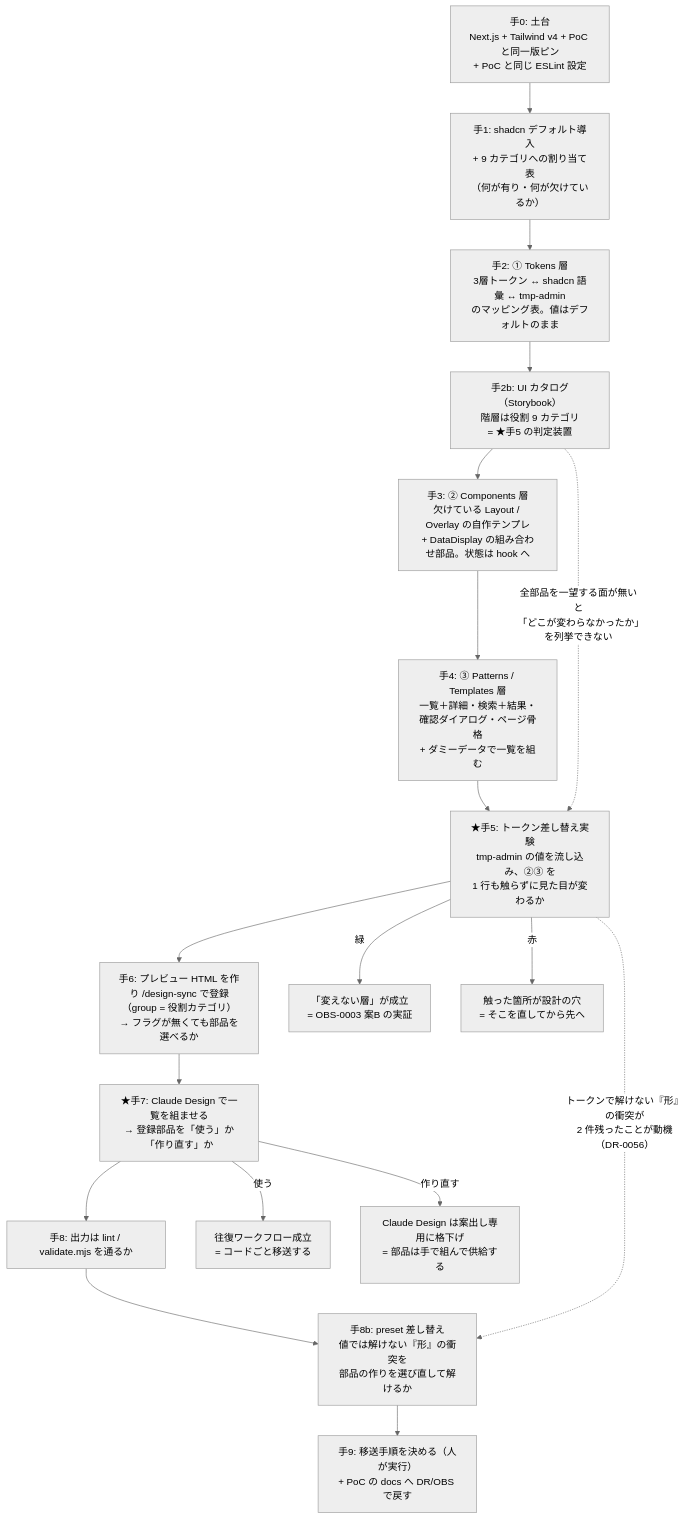
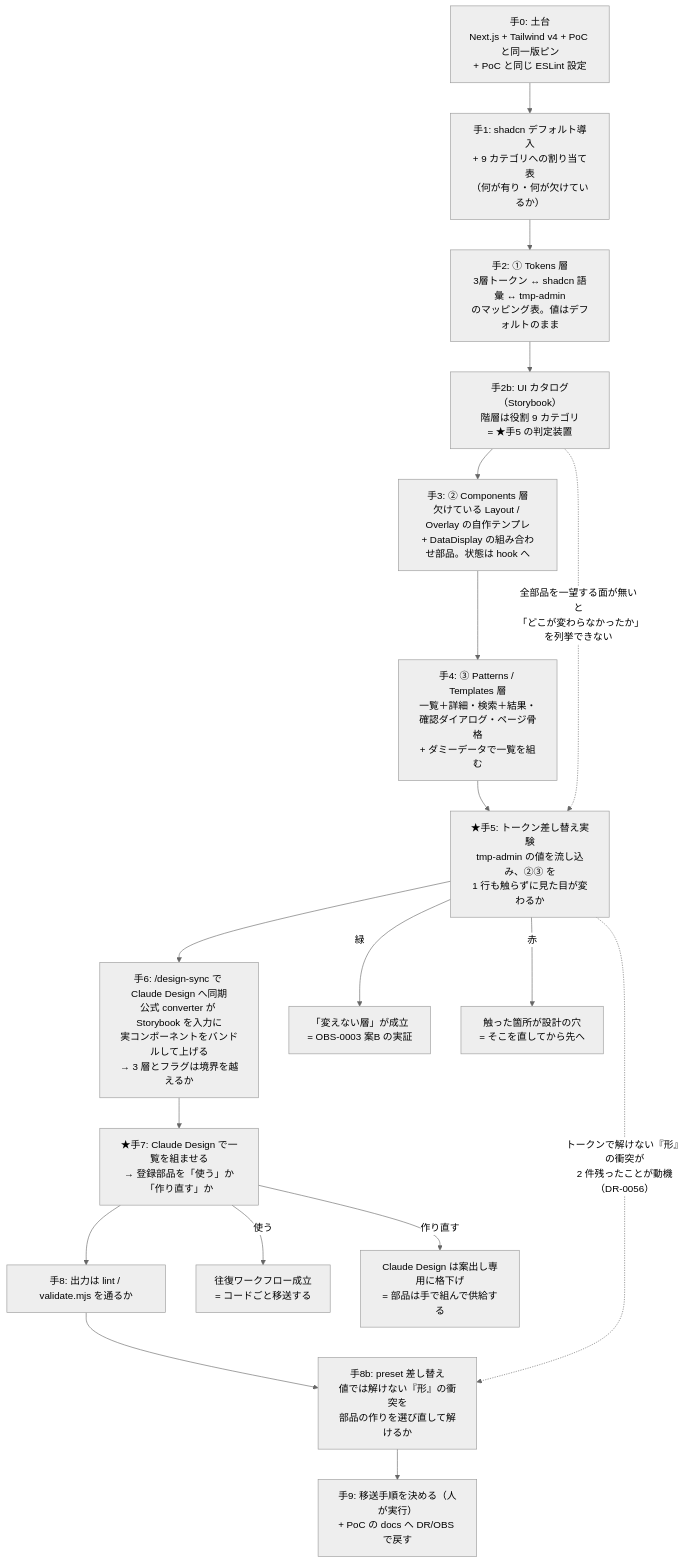
The third of 3 diagrams in docs/UI検証の位置づけと段取り.md (yatami0/design), drawn with Mermaid (neutral theme) before and after one commit. The commit also changed other lines of this file and 6 other files, not shown here.

````diff
--- a/docs/UI検証の位置づけと段取り.md
+++ b/docs/UI検証の位置づけと段取り.md
@@ -140,24 +140,24 @@
 ```mermaid
 flowchart TD
   H0["手0: 土台<br/>Next.js + Tailwind v4 + PoC と同一版ピン<br/>+ PoC と同じ ESLint 設定"]
   H1["手1: shadcn デフォルト導入<br/>+ 9 カテゴリへの割り当て表<br/>（何が有り・何が欠けているか）"]
   H2["手2: ① Tokens 層<br/>3層トークン ↔ shadcn 語彙 ↔ tmp-admin<br/>のマッピング表。値はデフォルトのまま"]
   H2B["手2b: UI カタログ（Storybook）<br/>階層は役割 9 カテゴリ<br/>= ★手5 の判定装置"]
   H3["手3: ② Components 層<br/>欠けている Layout / Overlay の自作テンプレ<br/>+ DataDisplay の組み合わせ部品。状態は hook へ"]
   H4["手4: ③ Patterns / Templates 層<br/>一覧＋詳細・検索＋結果・確認ダイアログ・ページ骨格<br/>+ ダミーデータで一覧を組む"]
   H5["★手5: トークン差し替え実験<br/>tmp-admin の値を流し込み、②③ を<br/>1 行も触らずに見た目が変わるか"]
-  H6["手6: プレビュー HTML を作り /design-sync で登録<br/>（group = 役割カテゴリ）<br/>→ フラグが無くても部品を選べるか"]
+  H6["手6: /design-sync で Claude Design へ同期<br/>公式 converter が Storybook を入力に<br/>実コンポーネントをバンドルして上げる<br/>→ 3 層とフラグは境界を越えるか"]
   H7["★手7: Claude Design で一覧を組ませる<br/>→ 登録部品を「使う」か「作り直す」か"]
   H8["手8: 出力は lint / validate.mjs を通るか"]
   H8B["手8b: preset 差し替え<br/>値では解けない『形』の衝突を<br/>部品の作りを選び直して解けるか"]
   H9["手9: 移送手順を決める（人が実行）<br/>+ PoC の docs へ DR/OBS で戻す"]
 
   H0 --> H1 --> H2 --> H2B --> H3 --> H4 --> H5 --> H6 --> H7 --> H8 --> H8B --> H9
   H2B -. "全部品を一望する面が無いと<br/>「どこが変わらなかったか」を列挙できない" .-> H5
   H5 -. "トークンで解けない『形』の衝突が<br/>2 件残ったことが動機（DR-0056）" .-> H8B
 
   H5 -- "緑" --> OK5["「変えない層」が成立<br/>= OBS-0003 案B の実証"]
   H5 -- "赤" --> NG5["触った箇所が設計の穴<br/>= そこを直してから先へ"]
   H7 -- "使う" --> OK7["往復ワークフロー成立<br/>= コードごと移送する"]
   H7 -- "作り直す" --> NG7["Claude Design は案出し専用に格下げ<br/>= 部品は手で組んで供給する"]
 ```
````
